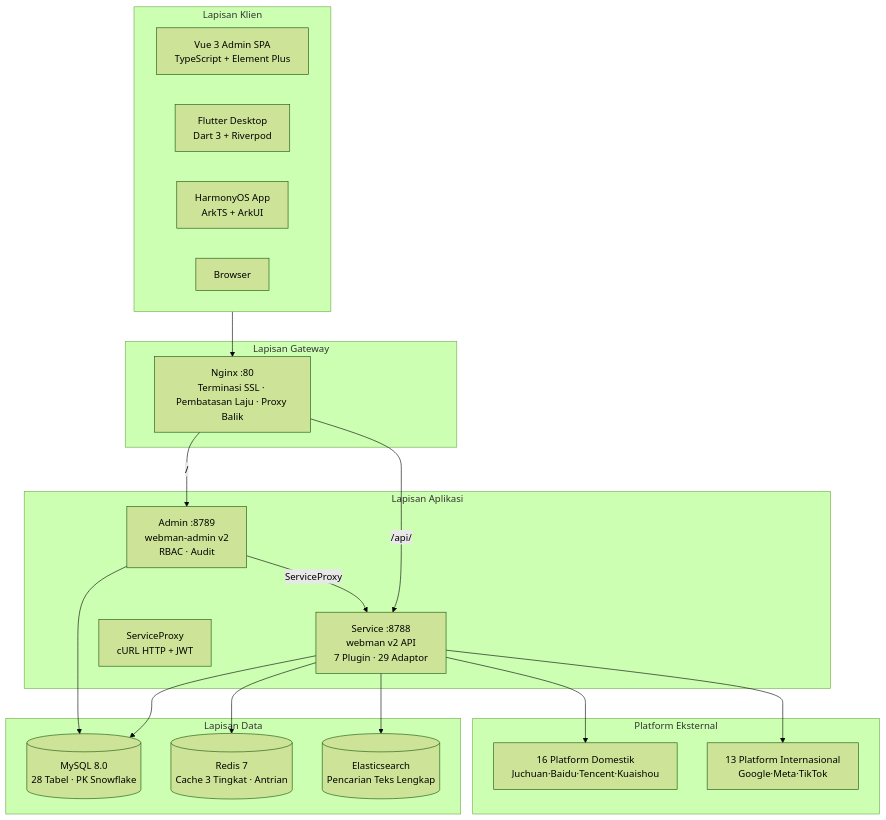
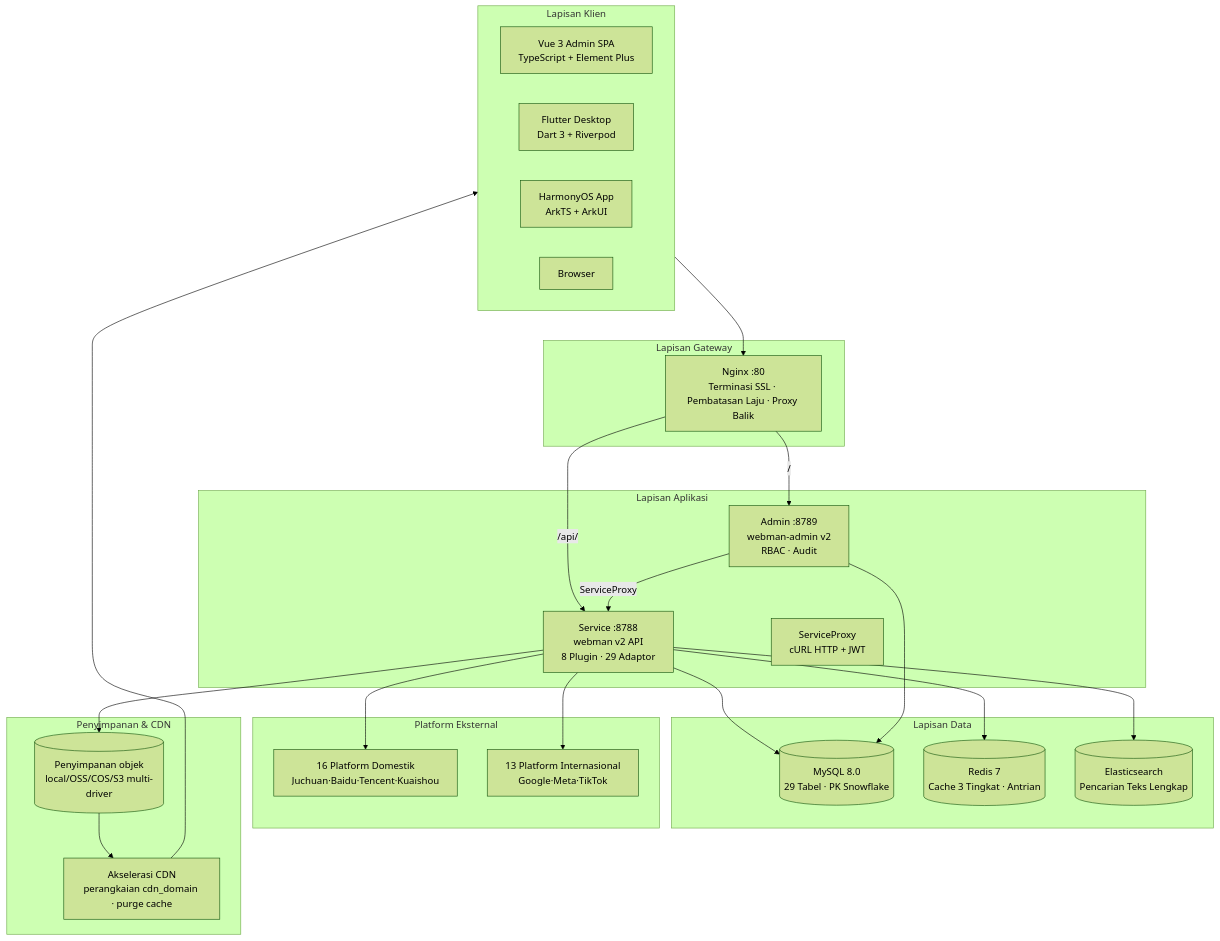
One commit to erikwang2013/ads-php changed the diagram in docs/diagrams/svg/architecture.id.mmd. Above: the diagram before and after it, drawn with Mermaid (forest theme). The commit also changed 144 other files, not shown here.

First line of the commit message:
feat(storage): CDN 支持——存储抽象/多驱动/服务商管理/预签名直传/缓存刷新

```diff
--- a/docs/diagrams/svg/architecture.id.mmd
+++ b/docs/diagrams/svg/architecture.id.mmd
@@ -1,31 +1,38 @@
 graph TB
     subgraph Clients["Lapisan Klien"]
         Vue["Vue 3 Admin SPA<br/>TypeScript + Element Plus"]
         Flutter["Flutter Desktop<br/>Dart 3 + Riverpod"]
         Harmony["HarmonyOS App<br/>ArkTS + ArkUI"]
         Browser["Browser"]
     end
     subgraph Gateway["Lapisan Gateway"]
         Nginx["Nginx :80<br/>Terminasi SSL · Pembatasan Laju · Proxy Balik"]
     end
     subgraph AppLayer["Lapisan Aplikasi"]
         Admin["Admin :8789<br/>webman-admin v2<br/>RBAC · Audit"]
-        Service["Service :8788<br/>webman v2 API<br/>7 Plugin · 29 Adaptor"]
+        Service["Service :8788<br/>webman v2 API<br/>8 Plugin · 29 Adaptor"]
         ServiceProxy["ServiceProxy<br/>cURL HTTP + JWT"]
     end
     subgraph DataLayer["Lapisan Data"]
-        MySQL[("MySQL 8.0<br/>28 Tabel · PK Snowflake")]
+        MySQL[("MySQL 8.0<br/>29 Tabel · PK Snowflake")]
         Redis[("Redis 7<br/>Cache 3 Tingkat · Antrian")]
         ES[("Elasticsearch<br/>Pencarian Teks Lengkap")]
     end
     subgraph External["Platform Eksternal"]
         Domestic["16 Platform Domestik<br/>Juchuan·Baidu·Tencent·Kuaishou"]
         International["13 Platform Internasional<br/>Google·Meta·TikTok"]
     end
+    subgraph StorageCDN["Penyimpanan & CDN"]
+        OSS[("Penyimpanan objek<br/>local/OSS/COS/S3 multi-driver")]
+        CDN["Akselerasi CDN<br/>perangkaian cdn_domain · purge cache"]
+    end
+    Service --> OSS
+    OSS --> CDN
+    CDN --> Clients
     Clients --> Nginx
     Nginx -->|"/"| Admin
     Nginx -->|"/api/"| Service
     Admin -->|ServiceProxy| Service
     Service --> MySQL & Redis & ES
     Service --> Domestic & International
     Admin --> MySQL
```
